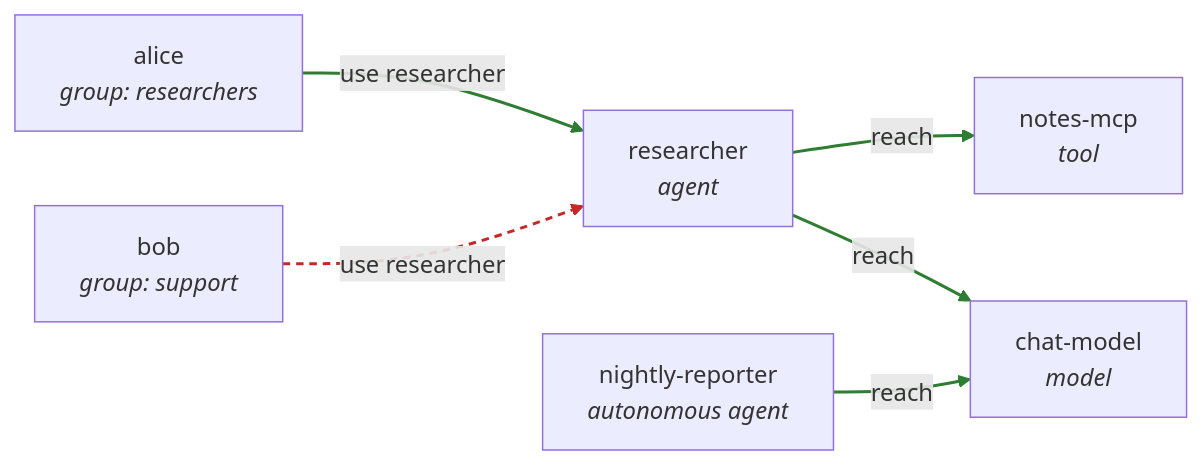
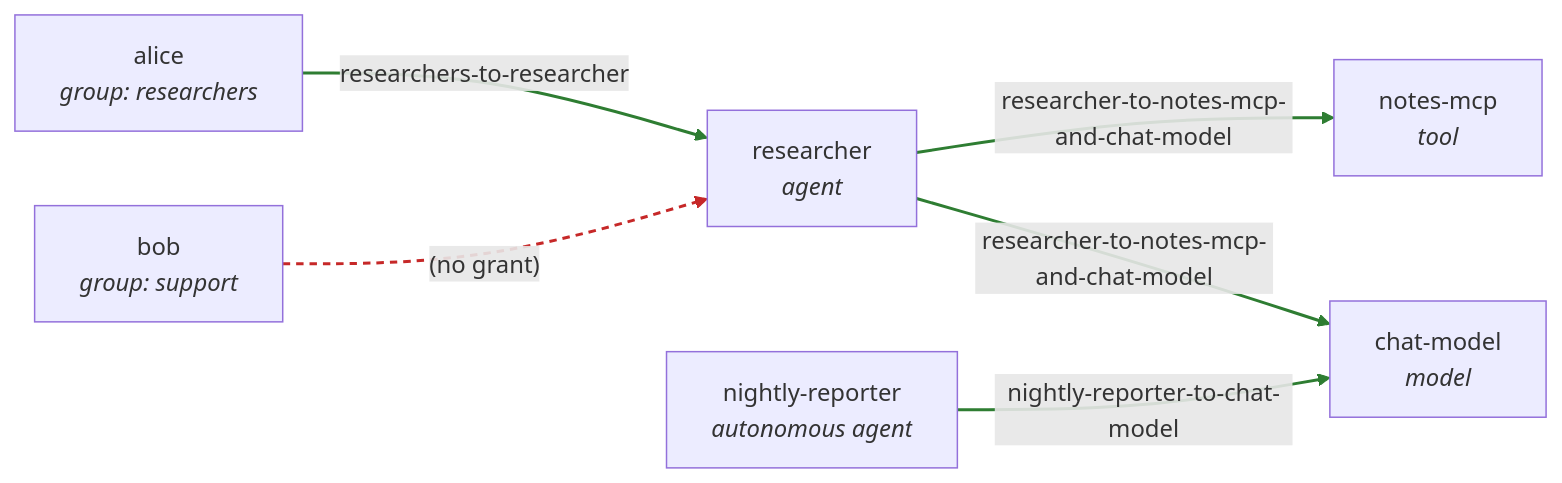
Before and after one commit to axsaucedo/kaos: the fifth of 13 diagrams in docs/examples/authorization-draft.md, drawn with Mermaid. The commit also changed other lines of this file, not shown here.

Commit message:
docs: restructure authorization guide (control-plane diagrams, folded example, Part 5 reframe, naming)

````diff
--- a/docs/examples/authorization-draft.md
+++ b/docs/examples/authorization-draft.md
@@ -437,21 +476,21 @@
 ```mermaid
 flowchart LR
   alice["alice<br/><i>group: researchers</i>"]
   bob["bob<br/><i>group: support</i>"]
   RES["researcher<br/><i>agent</i>"]
   NR["nightly-reporter<br/><i>autonomous agent</i>"]
   MCP["notes-mcp<br/><i>tool</i>"]
   MODEL["chat-model<br/><i>model</i>"]
 
-  alice -->|"use researcher"| RES
-  bob -->|"use researcher"| RES
-  RES -->|"reach"| MCP
-  RES -->|"reach"| MODEL
-  NR -->|"reach"| MODEL
+  alice -->|"researchers-to-researcher"| RES
+  bob -->|"(no grant)"| RES
+  RES -->|"researcher-to-notes-mcp-and-chat-model"| MCP
+  RES -->|"researcher-to-notes-mcp-and-chat-model"| MODEL
+  NR -->|"nightly-reporter-to-chat-model"| MODEL
 
-  linkStyle 0 stroke:#2e7d32,stroke-width:2px;
-  linkStyle 2 stroke:#2e7d32,stroke-width:2px;
-  linkStyle 3 stroke:#2e7d32,stroke-width:2px;
-  linkStyle 4 stroke:#2e7d32,stroke-width:2px;
-  linkStyle 1 stroke:#c62828,stroke-width:2px,stroke-dasharray:5 4;
+  linkStyle 0 stroke:#2e7d32,stroke-width:2px
+  linkStyle 1 stroke:#c62828,stroke-width:2px,stroke-dasharray:5 4
+  linkStyle 2 stroke:#2e7d32,stroke-width:2px
+  linkStyle 3 stroke:#2e7d32,stroke-width:2px
+  linkStyle 4 stroke:#2e7d32,stroke-width:2px
 ```
````
